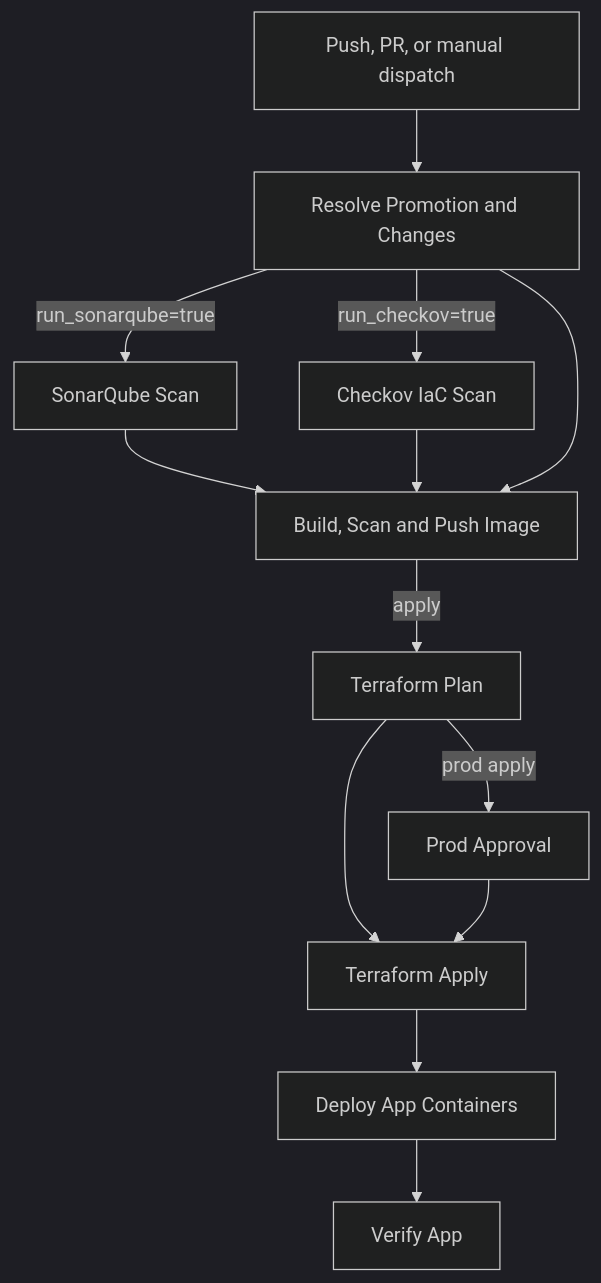
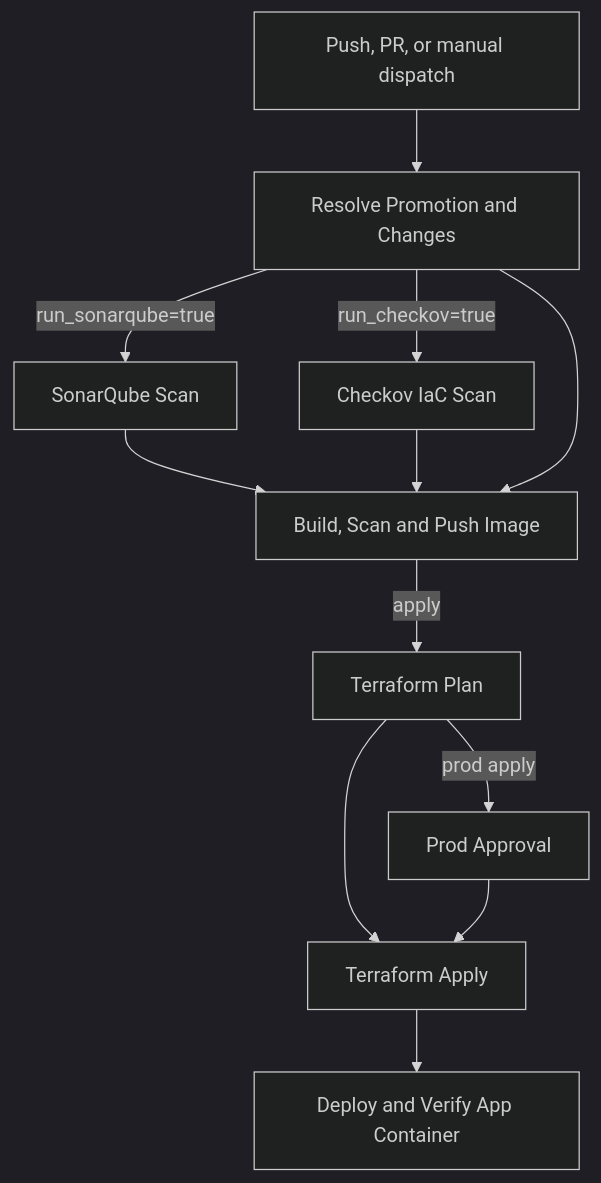
One commit to Olalekog/todo-3tier-app changed the diagram in app-deploy.md. Above: the diagram before and after it, drawn with Mermaid (dark theme). The commit also changed other lines of this file and 1 other file, not shown here.

Commit message:
Combining the Deploy Apps Contianers and Verify Apps into one Stage

````diff
--- a/app-deploy.md
+++ b/app-deploy.md
@@ -86,15 +86,14 @@
 ```mermaid
 flowchart TD
     Trigger[Push, PR, or manual dispatch] --> Resolve[Resolve Promotion and Changes]
     Resolve -->|run_sonarqube=true| Sonar[SonarQube Scan]
     Resolve -->|run_checkov=true| Checkov[Checkov IaC Scan]
     Sonar --> Docker[Build, Scan and Push Image]
     Checkov --> Docker
     Resolve --> Docker
     Docker -->|apply| Plan[Terraform Plan]
     Plan -->|prod apply| Approval[Prod Approval]
     Plan --> Apply[Terraform Apply]
     Approval --> Apply
-    Apply --> Deploy[Deploy App Containers]
-    Deploy --> Verify[Verify App]
+    Apply --> DeployVerify[Deploy and Verify App Container]
 ```
````
